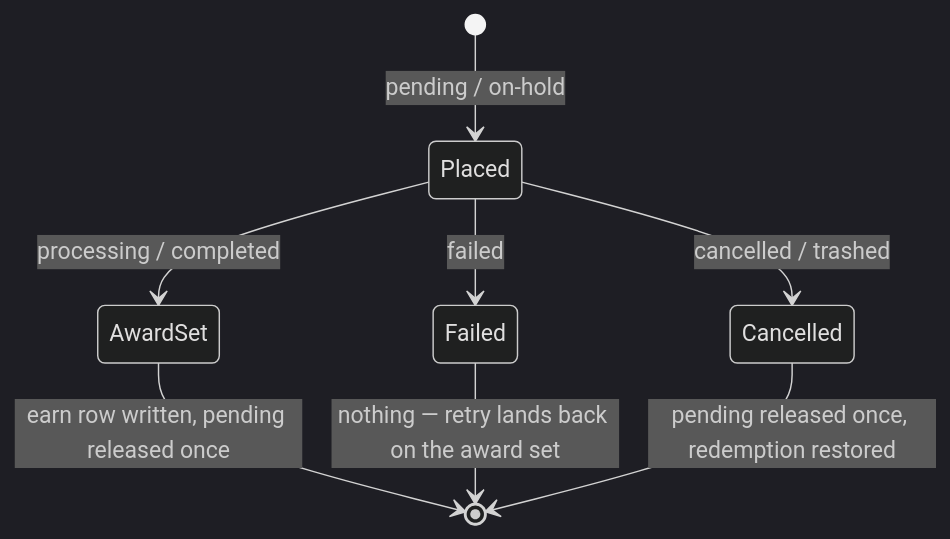
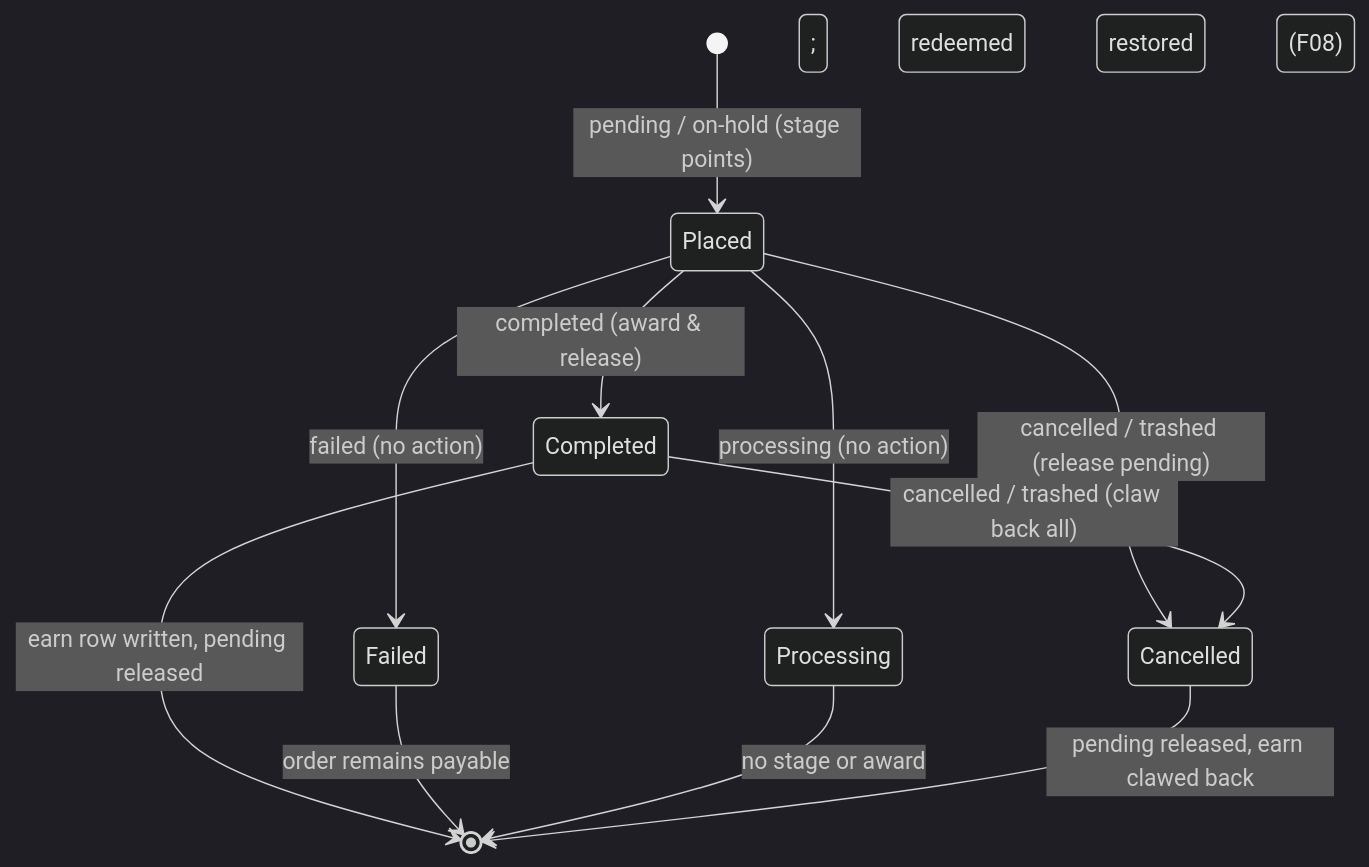
The second of 2 diagrams in docs/data-model/points-lifecycle.md (YayCommerce/YayLoyalty), drawn with Mermaid (dark theme) before and after one commit. The commit also changed other lines of this file and 64 other files, not shown here.

````diff
--- a/docs/data-model/points-lifecycle.md
+++ b/docs/data-model/points-lifecycle.md
@@ -165,11 +184,14 @@
 ```mermaid
 stateDiagram-v2
-    [*] --> Placed: pending / on-hold
-    Placed --> AwardSet: processing / completed
-    Placed --> Failed: failed
-    Placed --> Cancelled: cancelled / trashed
+    [*] --> Placed: pending / on-hold (stage points)
+    Placed --> Completed: completed (award & release)
+    Placed --> Failed: failed (no action)
+    Placed --> Processing: processing (no action)
+    Placed --> Cancelled: cancelled / trashed (release pending)
+    Completed --> Cancelled: cancelled / trashed (claw back all)
 
-    AwardSet --> [*]: earn row written, pending released once
-    Failed --> [*]: nothing — retry lands back on the award set
-    Cancelled --> [*]: pending released once, redemption restored
+    Completed --> [*]: earn row written, pending released
+    Failed --> [*]: order remains payable
+    Processing --> [*]: no stage or award
+    Cancelled --> [*]: pending released, earn clawed back; redeemed restored (F08)
 ```
````
